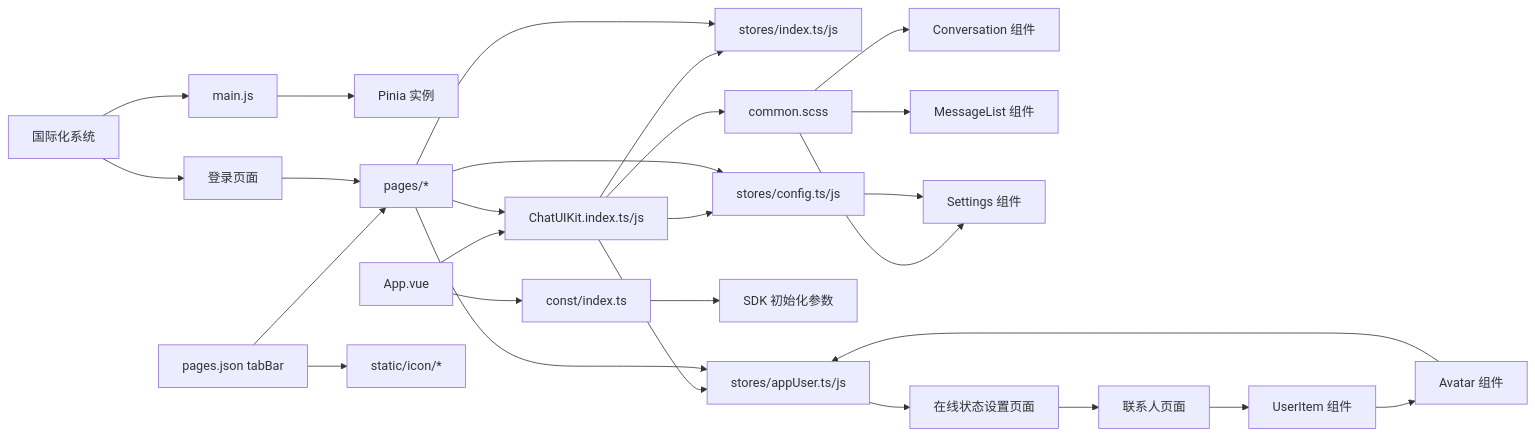
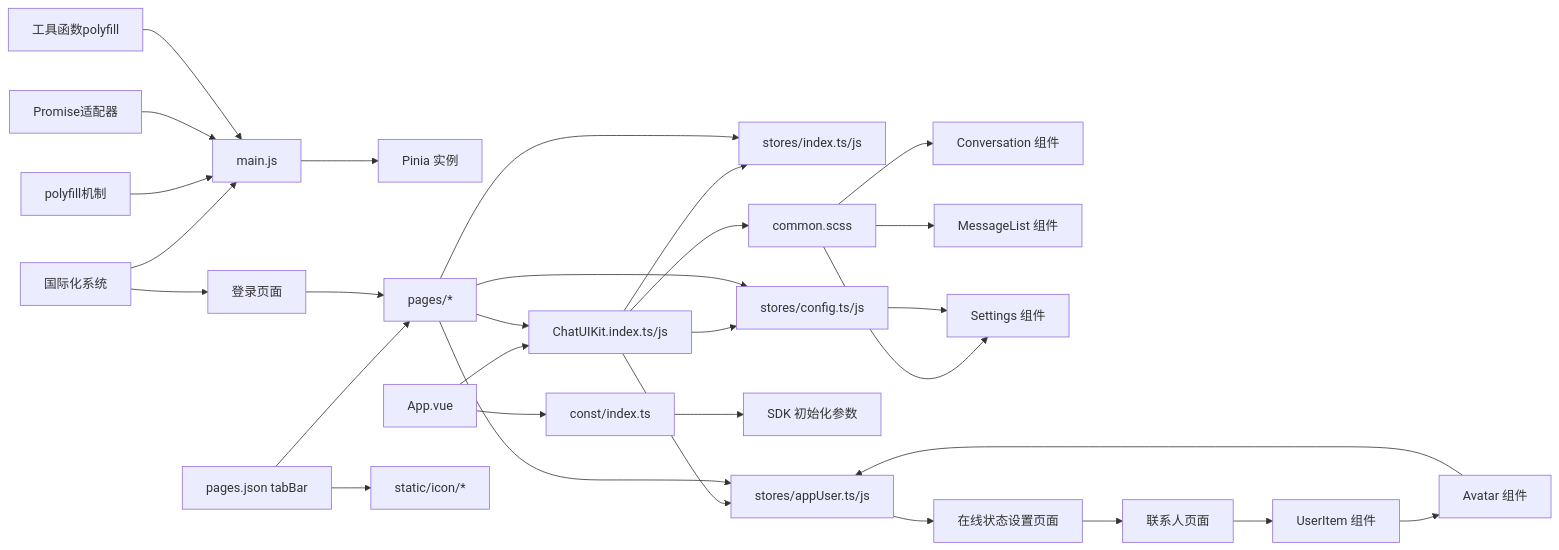
Diagram 16 of 16 in .qoder/repowiki/zh/content/示例应用/示例应用.md (Easemob-Community/easemob-uikit-uniapp-community), drawn with Mermaid before and after one commit. The commit also changed other lines of this file and 10 other files, not shown here.

````diff
--- a/.qoder/repowiki/zh/content/示例应用/示例应用.md
+++ b/.qoder/repowiki/zh/content/示例应用/示例应用.md
@@ -1090,29 +1278,32 @@
 ```mermaid
 graph LR
 MAIN["main.js"] --> PINIA["Pinia 实例"]
 APP["App.vue"] --> KIT["ChatUIKit.index.ts/js"]
 KIT --> STORES["stores/index.ts/js"]
 KIT --> CONFIG["stores/config.ts/js"]
 KIT --> APPUSER["stores/appUser.ts/js"]
 APP --> CONST["const/index.ts"]
 CONST --> SDKCFG["SDK 初始化参数"]
 PAGE["pages/*"] --> KIT
 PAGE --> STORES
 PAGE --> CONFIG
 PAGE --> APPUSER
 TABBAR["pages.json tabBar"] --> PAGE
 TABBAR --> ICONS["static/icon/*"]
 STYLE["common.scss"] --> CONVERSATION["Conversation 组件"]
 STYLE --> MESSAGE["MessageList 组件"]
 STYLE --> SETTINGS["Settings 组件"]
 KIT --> STYLE
 CONFIG --> SETTINGS
 APPUSER --> PRESENCE["在线状态设置页面"]
 PRESENCE --> CONTACTLIST["联系人页面"]
 CONTACTLIST --> USERITEM["UserItem 组件"]
 USERITEM --> AVATAR["Avatar 组件"]
 AVATAR --> APPUSER
 I18N["国际化系统"] --> MAIN
 I18N --> LOGIN["登录页面"]
 LOGIN --> PAGE
+POLYFILL["polyfill机制"] --> MAIN
+PROMISE["Promise适配器"] --> MAIN
+UTILS["工具函数polyfill"] --> MAIN
 ```
````
